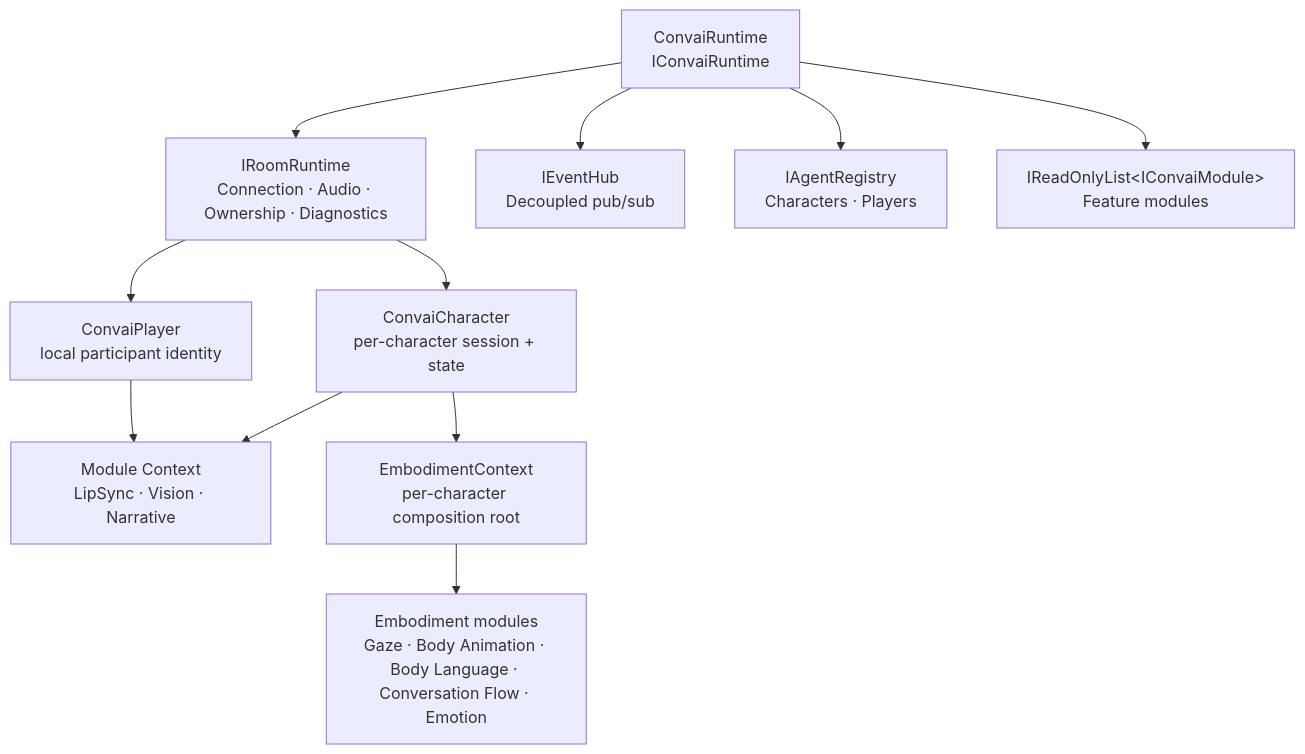
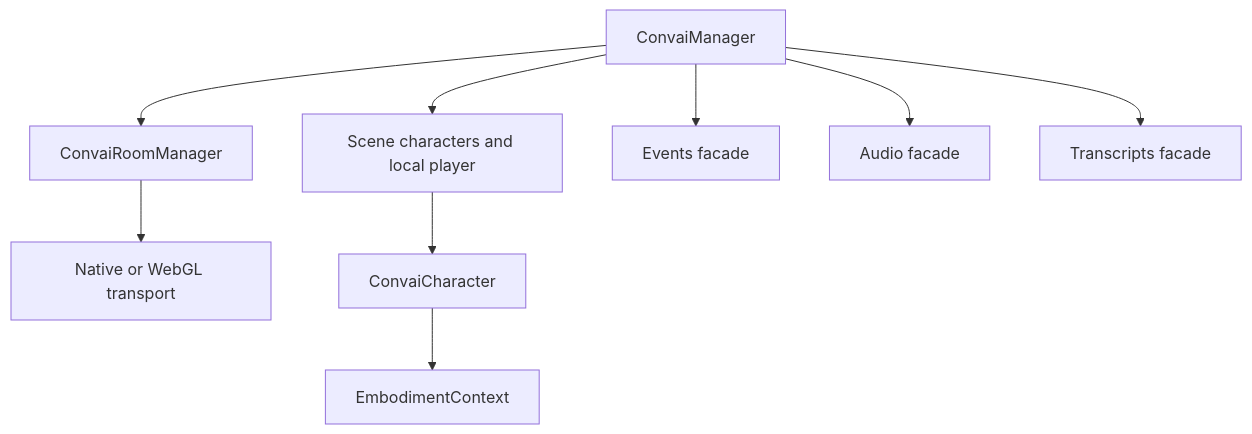
One commit to Conv-AI/Convai-Documentation changed the diagram in plugins-and-integrations/convai-unity-sdk/core-concepts/runtime-architecture.md. Above: the diagram before and after it, drawn with Mermaid. The commit also changed other lines of this file and 315 other files, not shown here.

````diff
--- a/plugins-and-integrations/convai-unity-sdk/core-concepts/runtime-architecture.md
+++ b/plugins-and-integrations/convai-unity-sdk/core-concepts/runtime-architecture.md
@@ -15,13 +11,11 @@
 ```mermaid
 graph TD
-    A[ConvaiRuntime<br/>IConvaiRuntime] --> B[IRoomRuntime<br/>Connection · Audio · Ownership · Diagnostics]
-    A --> C[IEventHub<br/>Decoupled pub/sub]
-    A --> D[IAgentRegistry<br/>Characters · Players]
-    A --> E[IReadOnlyList&lt;IConvaiModule&gt;<br/>Feature modules]
-    B --> F[ConvaiCharacter<br/>per-character session + state]
-    B --> G[ConvaiPlayer<br/>local participant identity]
-    F --> H[Module Context<br/>LipSync · Vision · Narrative]
-    G --> H
-    F --> I[EmbodimentContext<br/>per-character composition root]
-    I --> J[Embodiment modules<br/>Gaze · Body Animation · Body Language · Conversation Flow · Emotion]
+    Scene[ConvaiManager] --> Room[ConvaiRoomManager]
+    Scene --> Registry[Scene characters and local player]
+    Scene --> Events[Events facade]
+    Scene --> Audio[Audio facade]
+    Scene --> Transcripts[Transcripts facade]
+    Room --> Transport[Native or WebGL transport]
+    Registry --> Character[ConvaiCharacter]
+    Character --> Embodiment[EmbodimentContext]
 ```
````
